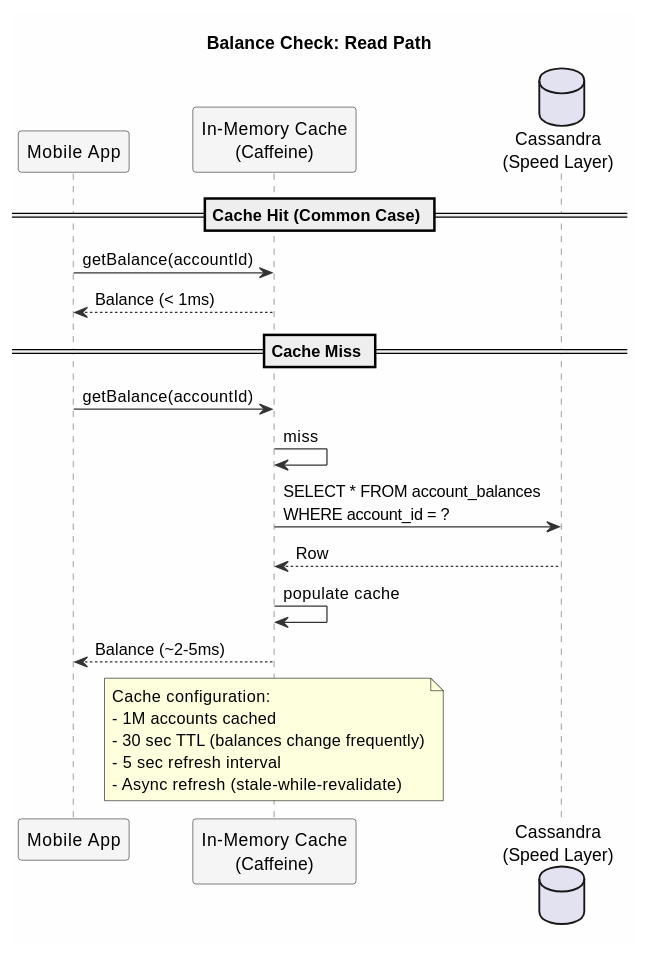
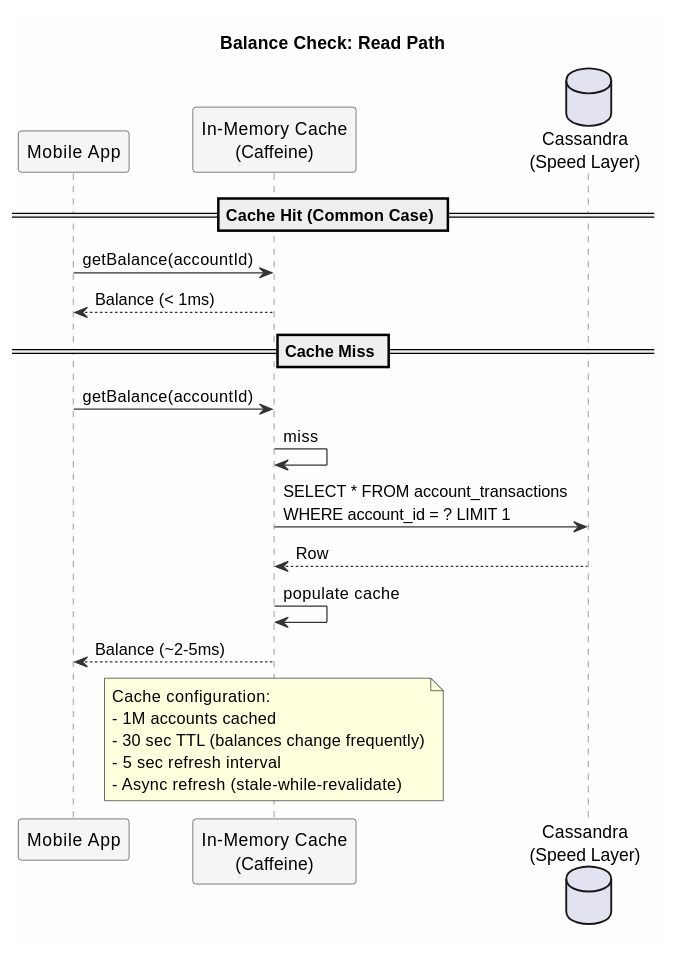
One commit to axonops/documentation changed the fifth of 12 diagrams in docs/data-platforms/cassandra/application-development/patterns/speed-layer.md. Above: the diagram before and after it, drawn with PlantUML. The commit also changed other lines of this file and 262 other files, not shown here.

````diff
--- a/docs/data-platforms/cassandra/application-development/patterns/speed-layer.md
+++ b/docs/data-platforms/cassandra/application-development/patterns/speed-layer.md
@@ -423,37 +422,37 @@
 ```plantuml
 @startuml
 skinparam backgroundColor #FEFEFE
 skinparam sequence {
     ArrowColor #333333
     LifeLineBorderColor #666666
     ParticipantBackgroundColor #F5F5F5
     ParticipantBorderColor #333333
 }
 
 title Balance Check: Read Path
 
 participant "Mobile App" as app
 participant "In-Memory Cache\n(Caffeine)" as cache
 database "Cassandra\n(Speed Layer)" as cass
 
 == Cache Hit (Common Case) ==
 app -> cache : getBalance(accountId)
 cache --> app : Balance (< 1ms)
 
 == Cache Miss ==
 app -> cache : getBalance(accountId)
 cache -> cache : miss
-cache -> cass : SELECT * FROM account_balances\nWHERE account_id = ?
+cache -> cass : SELECT * FROM account_transactions\nWHERE account_id = ? LIMIT 1
 cass --> cache : Row
 cache -> cache : populate cache
 cache --> app : Balance (~2-5ms)
 
 note over cache
 Cache configuration:
 - 1M accounts cached
 - 30 sec TTL (balances change frequently)
 - 5 sec refresh interval
 - Async refresh (stale-while-revalidate)
 end note
 @enduml
 ```
````
